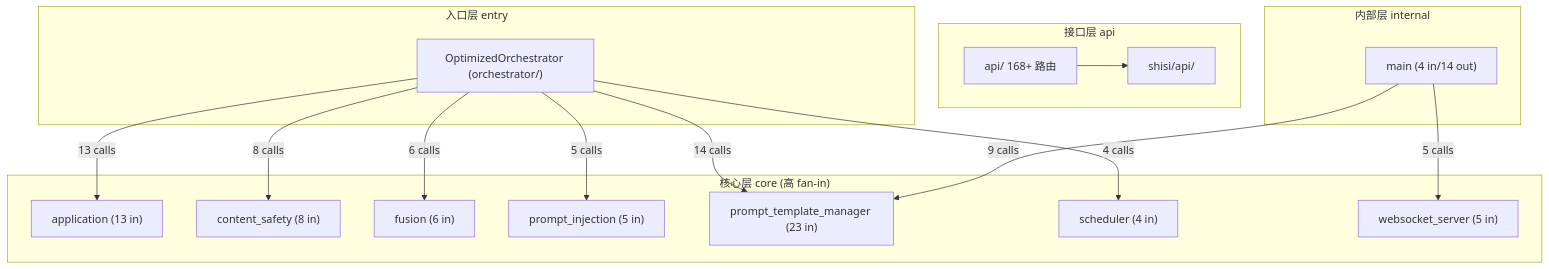
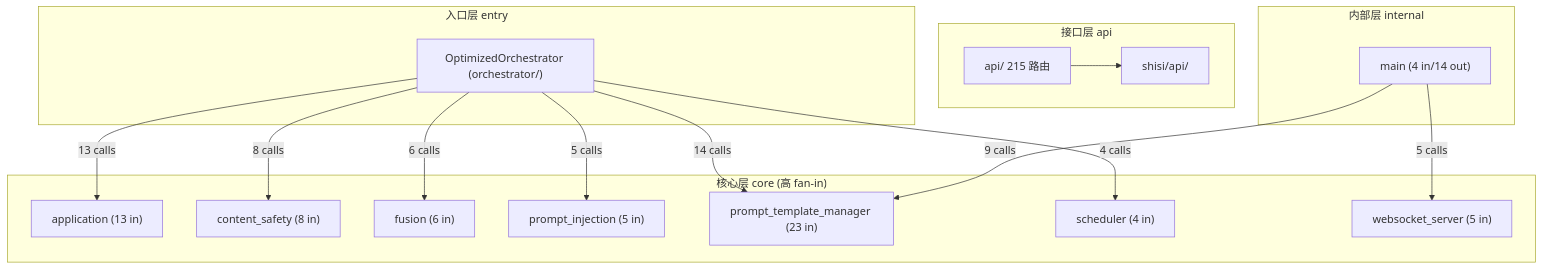
One commit to FOURTEEN1416/fourteen changed the first of 2 diagrams in CODE_GRAPH.md. Above: the diagram before and after it, drawn with Mermaid. The commit also changed other lines of this file and 15 other files, not shown here.

````diff
--- a/CODE_GRAPH.md
+++ b/CODE_GRAPH.md
@@ -64,31 +63,31 @@
 ```mermaid
 graph TD
     subgraph ENTRY["入口层 entry"]
         OA["OptimizedOrchestrator (orchestrator/)"]
     end
     subgraph API["接口层 api"]
-        AR["api/ 168+ 路由"]
+        AR["api/ 215 路由"]
         SA["shisi/api/"]
     end
     subgraph CORE["核心层 core (高 fan-in)"]
         APP["application (13 in)"]
         CS["content_safety (8 in)"]
         FUS["fusion (6 in)"]
         PI["prompt_injection (5 in)"]
         PTM["prompt_template_manager (23 in)"]
         SCHED["scheduler (4 in)"]
         WS["websocket_server (5 in)"]
     end
     subgraph INTERNAL["内部层 internal"]
         MAIN["main (4 in/14 out)"]
     end
     OA -->|"14 calls"| PTM
     OA -->|"13 calls"| APP
     OA -->|"8 calls"| CS
     OA -->|"6 calls"| FUS
     OA -->|"5 calls"| PI
     OA -->|"4 calls"| SCHED
     MAIN -->|"9 calls"| PTM
     MAIN -->|"5 calls"| WS
     AR --> SA
 ```
````
